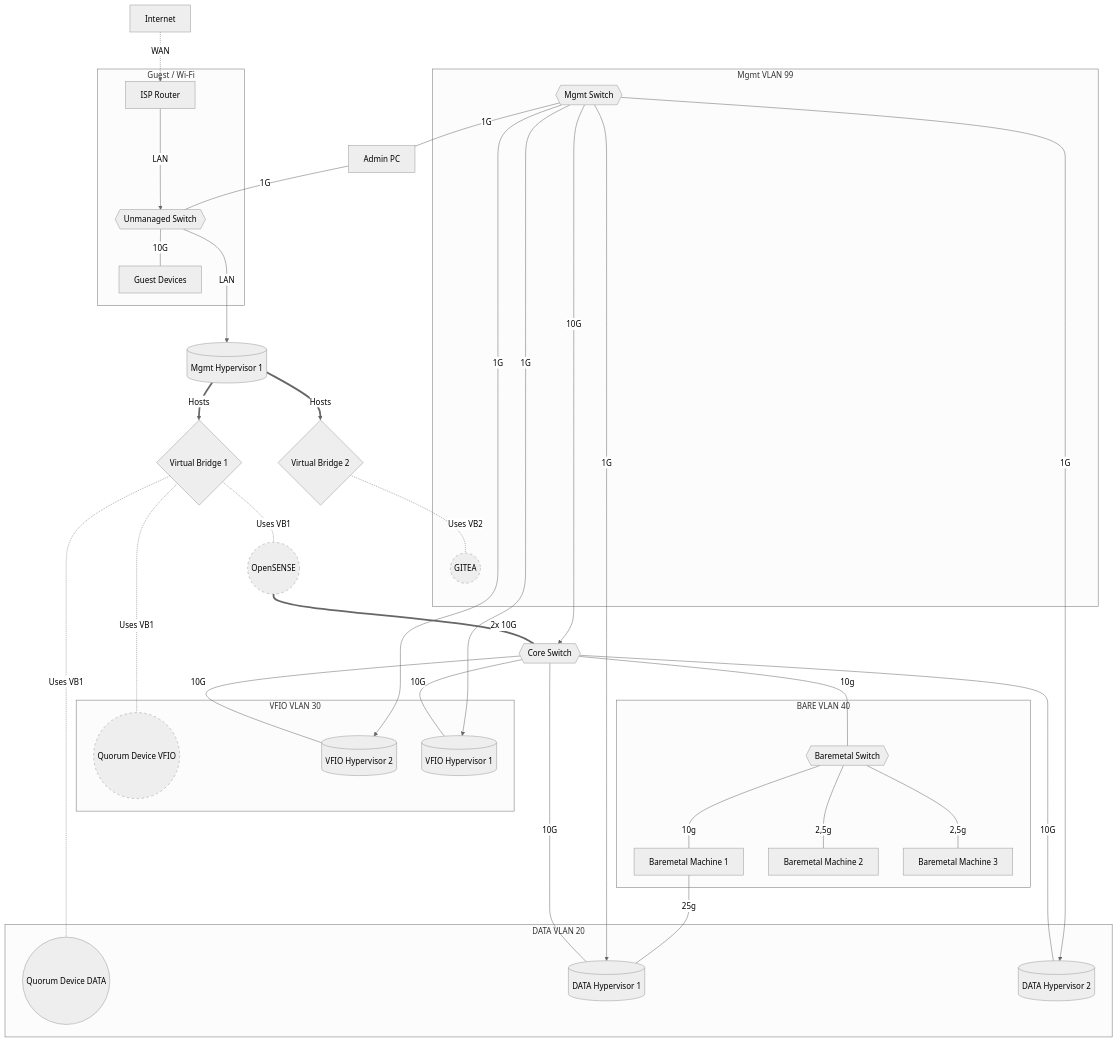
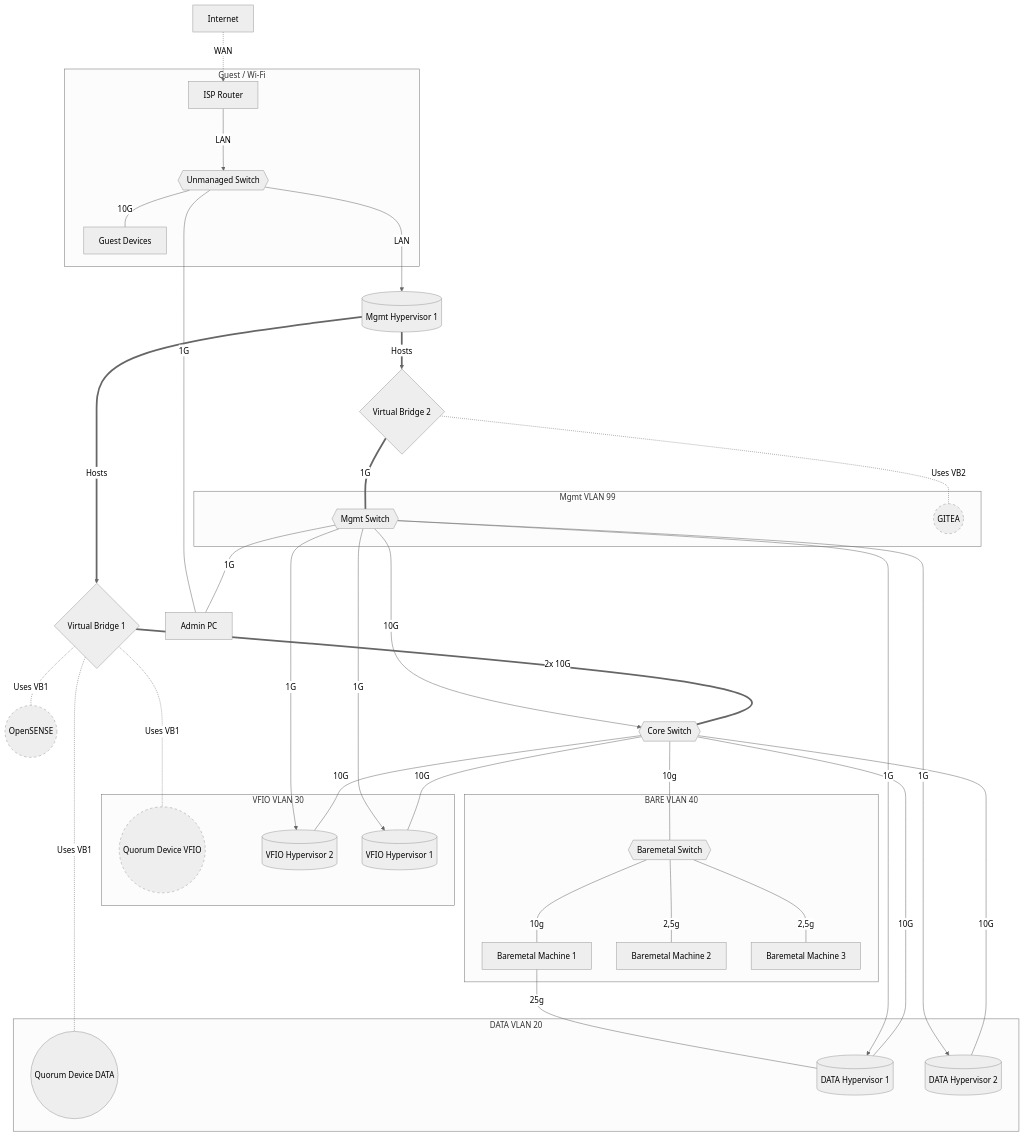
The diagram in alp/netop.md (woeiru/lab), drawn with Mermaid (neutral theme) before and after one commit.

Commit message:
standard

````diff
--- a/alp/netop.md
+++ b/alp/netop.md
@@ -3,58 +3,59 @@
 ```mermaid
 graph TD
     INT[Internet] -.-> |WAN| ISPR[ISP Router]
     ISPR ---> |LAN| US
     US{{Unmanaged Switch}} ---> |LAN| MH1[(Mgmt Hypervisor 1)]
     VB1{Virtual Bridge 1} -.- |"Uses VB1"| QDV((Quorum Device VFIO))
     VB1{Virtual Bridge 1} -.- |"Uses VB1"| QDD((Quorum Device DATA))
     VB1 -.- |"Uses VB1"| OPN((OpenSENSE))
-    OPN ===|"2x 10G"| CS{{Core Switch}}
+    VB1 ===|"2x 10G"| CS{{Core Switch}}
+    VB2 ===|"1G"| MS
     MS{{Mgmt Switch}} ---|"1G"| APC[Admin PC]
     APC ---|"1G"| US
     MH1 ==>|"Hosts"| VB1
     MH1 ==>|"Hosts"| VB2{Virtual Bridge 2}
     VB2 -.- |"Uses VB2"| GIT((GITEA))
     CS ---|"10G"| VH2[(VFIO Hypervisor 2)]
     MS --->|"1G"| VH2
     US ---|"10G"| GD[Guest Devices]
     CS ---|"10G"| VH1[(VFIO Hypervisor 1)]
     MS --->|"1G"| VH1
     CS ---|"10G"| DH1[(DATA Hypervisor 1)]
     CS ---|"10G"| DH2[(DATA Hypervisor 2)]
     MS --->|"1G"| DH1
     MS --->|"1G"| DH2
     MS --->|"10G"| CS
     CS ---|"10g"| BMS{{Baremetal Switch}}
     BMS ---|"10g"| BM1[Baremetal Machine 1]
     BM1 ---|"25g"| DH1
     BMS ---|"2,5g"| BM2[Baremetal Machine 2]
     BMS ---|"2,5g"| BM3[Baremetal Machine 3]
     subgraph VLAN20 [DATA VLAN 20]
         DH1
         DH2
         QDD
     end
     subgraph VLAN30 [VFIO VLAN 30]
         VH1
         VH2
         QDV
     end
     subgraph VLAN40 [BARE VLAN 40]
        BMS
        BM1 
        BM2 
        BM3 
     end
 
     subgraph VLAN99 [Mgmt VLAN 99]
         MS
         GIT
     end
     subgraph Guest [Guest / Wi-Fi]
         ISPR
         GD
         US
     end
     classDef punctuated stroke-dasharray: 5 5;
     class GIT,QDV,OPN punctuated;
 ```
````
